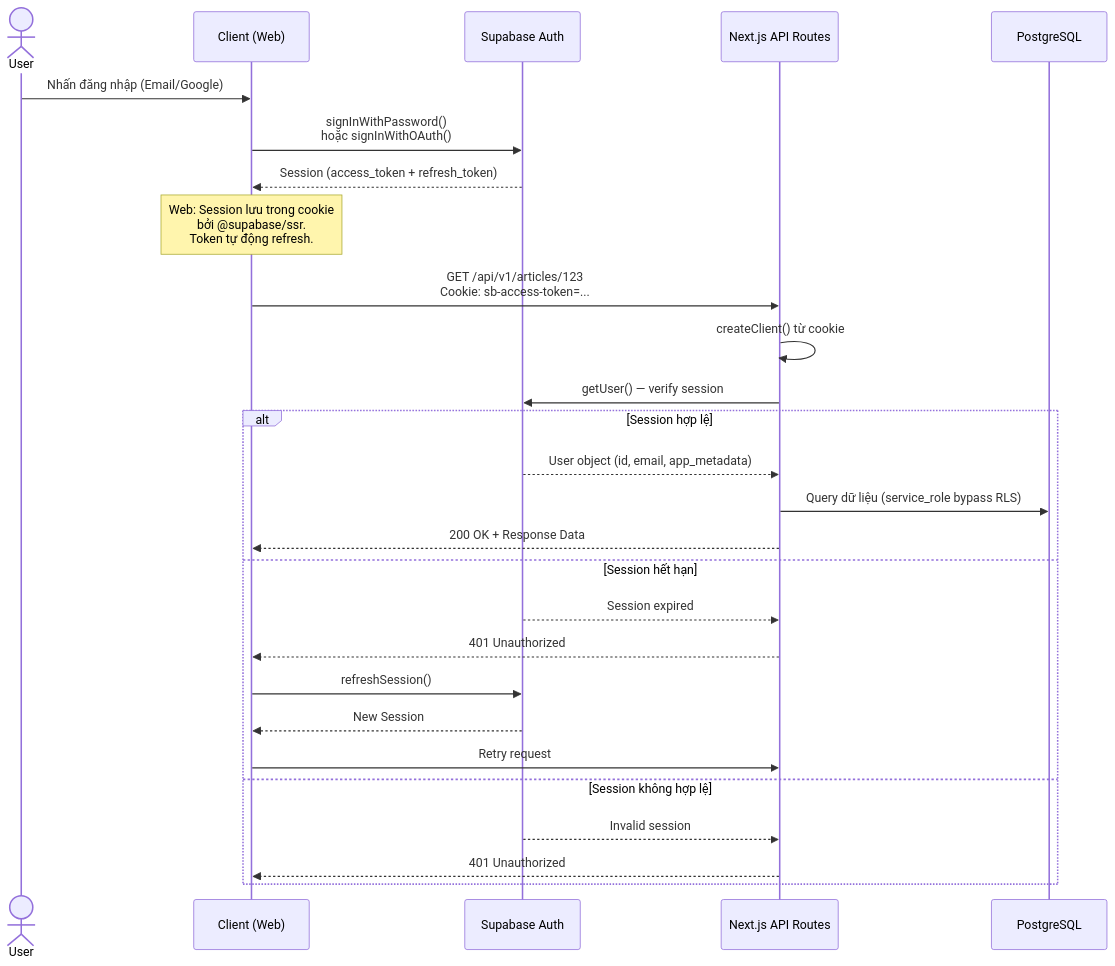
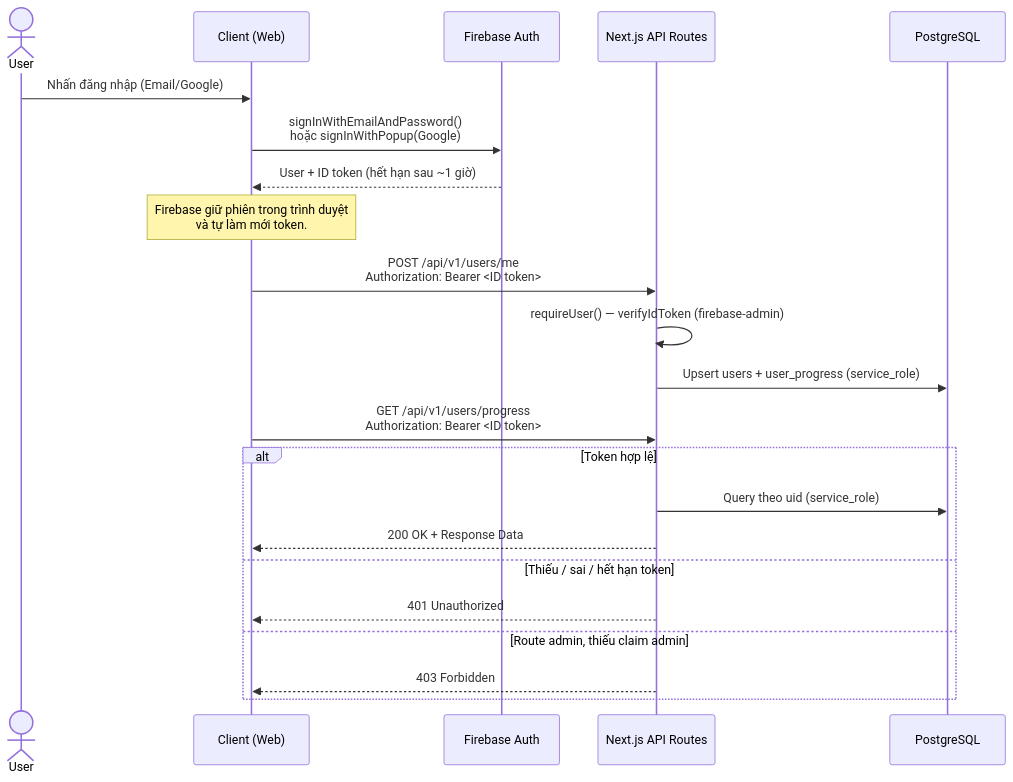
Before and after one commit to iAmHieu2012/Sequoia: the second of 5 diagrams in docs/design/architecture.md, drawn with Mermaid. The commit also changed other lines of this file and 71 other files, not shown here.

First line of the commit message:
feat(auth): move authentication to Firebase, Supabase stays the database

````diff
--- a/docs/design/architecture.md
+++ b/docs/design/architecture.md
@@ -90,34 +93,29 @@
 ```mermaid
 sequenceDiagram
     actor User
     participant Client as Client (Web)
-    participant SupaAuth as Supabase Auth
+    participant FB as Firebase Auth
     participant API as Next.js API Routes
     participant DB as PostgreSQL
 
     User->>Client: Nhấn đăng nhập (Email/Google)
-    Client->>SupaAuth: signInWithPassword()<br/>hoặc signInWithOAuth()
-    SupaAuth-->>Client: Session (access_token + refresh_token)
-    
-    Note over Client: Web: Session lưu trong cookie<br/>bởi @supabase/ssr.<br/>Token tự động refresh.
-    
-    Client->>API: GET /api/v1/articles/123<br/>Cookie: sb-access-token=...
-    
-    API->>API: createClient() từ cookie
-    API->>SupaAuth: getUser() — verify session
-    
-    alt Session hợp lệ
-        SupaAuth-->>API: User object (id, email, app_metadata)
-        API->>DB: Query dữ liệu (service_role bypass RLS)
+    Client->>FB: signInWithEmailAndPassword()<br/>hoặc signInWithPopup(Google)
+    FB-->>Client: User + ID token (hết hạn sau ~1 giờ)
+
+    Note over Client: Firebase giữ phiên trong trình duyệt<br/>và tự làm mới token.
+
+    Client->>API: POST /api/v1/users/me<br/>Authorization: Bearer <ID token>
+    API->>API: requireUser() — verifyIdToken (firebase-admin)
+    API->>DB: Upsert users + user_progress (service_role)
+
+    Client->>API: GET /api/v1/users/progress<br/>Authorization: Bearer <ID token>
+
+    alt Token hợp lệ
+        API->>DB: Query theo uid (service_role)
         API-->>Client: 200 OK + Response Data
-    else Session hết hạn
-        SupaAuth-->>API: Session expired
+    else Thiếu / sai / hết hạn token
         API-->>Client: 401 Unauthorized
-        Client->>SupaAuth: refreshSession()
-        SupaAuth-->>Client: New Session
-        Client->>API: Retry request
-    else Session không hợp lệ
-        SupaAuth-->>API: Invalid session
-        API-->>Client: 401 Unauthorized
+    else Route admin, thiếu claim admin
+        API-->>Client: 403 Forbidden
     end
 ```
````
